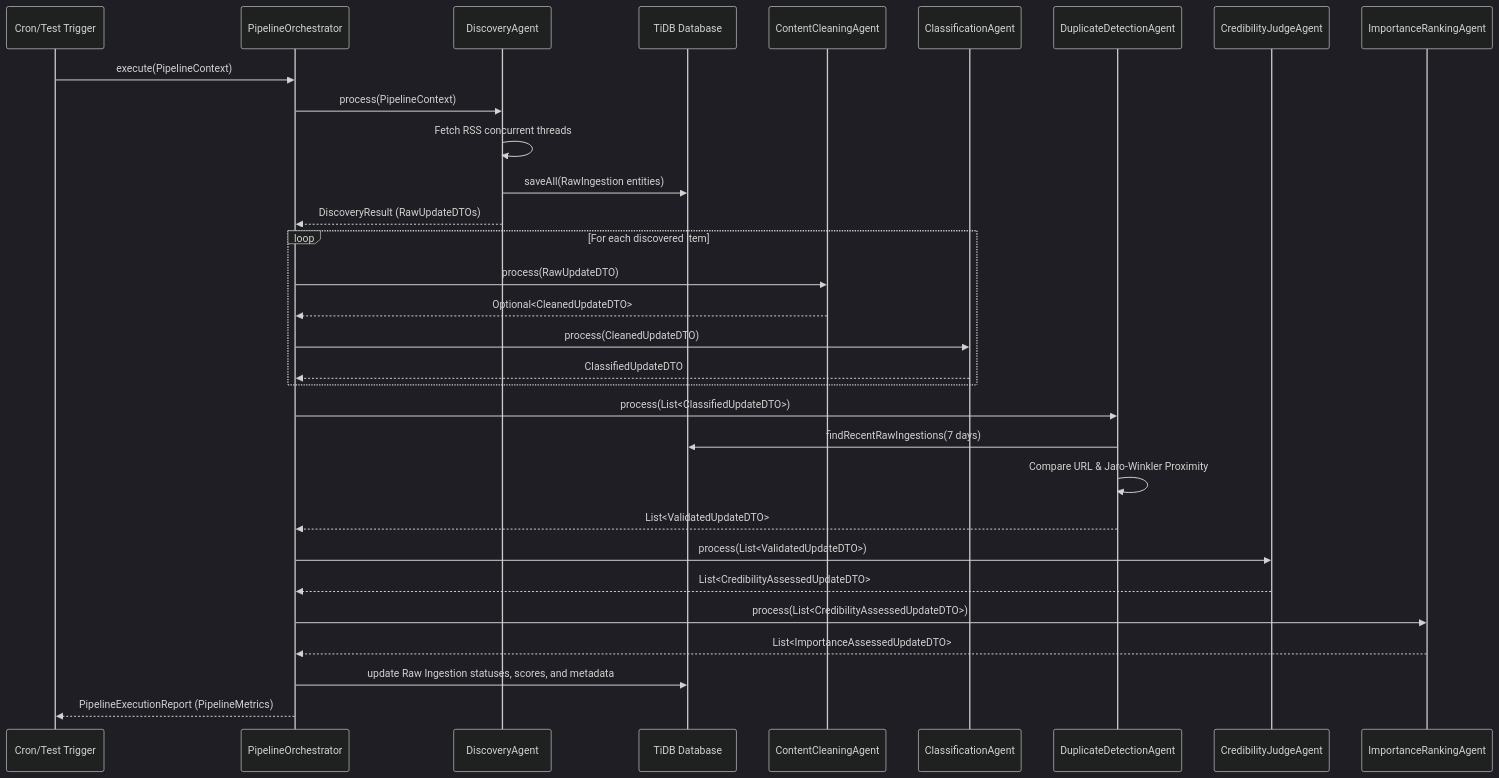
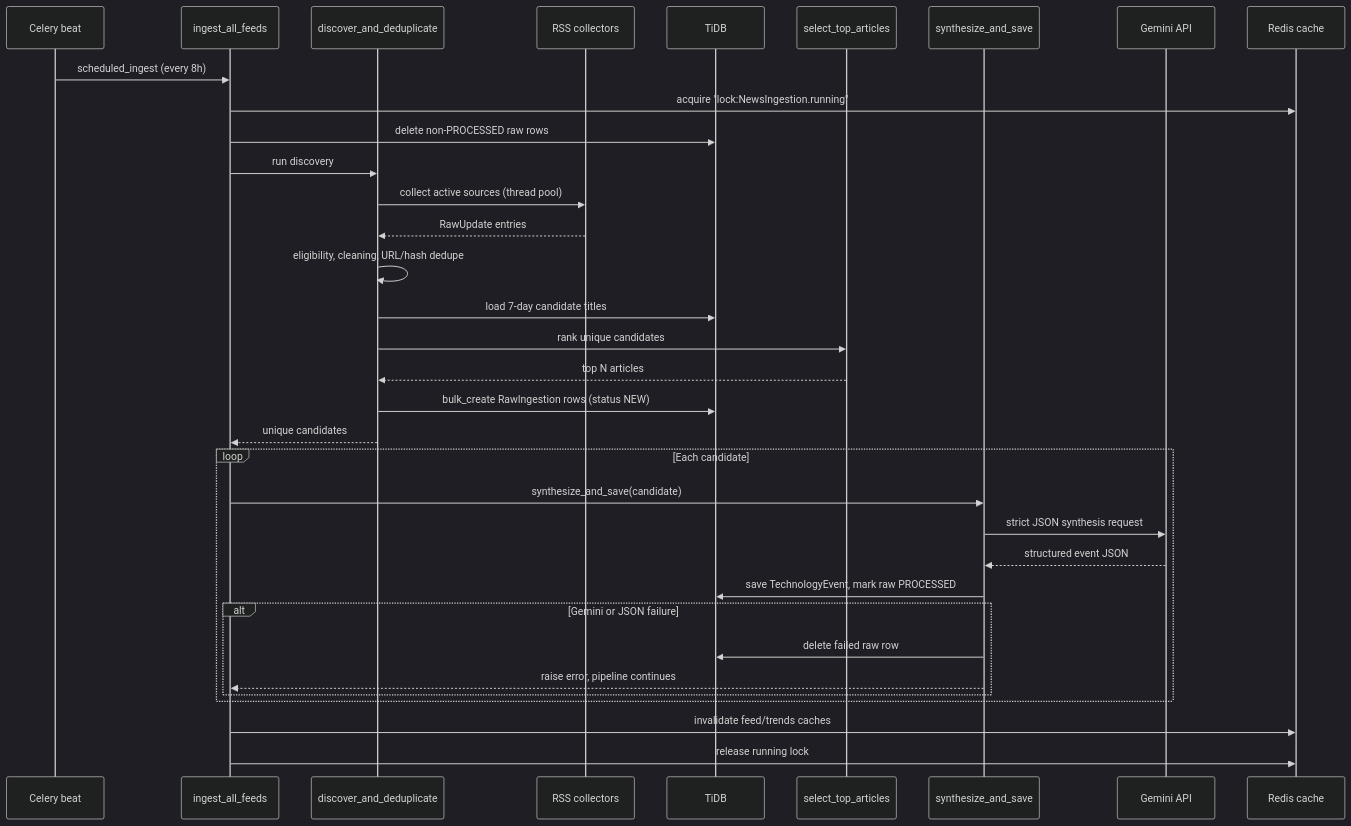
The diagram in docs/Pipeline.md (karannchaudhari04/TechPulse-AI), drawn with Mermaid (dark theme) before and after one commit. The commit also changed other lines of this file and 255 other files, not shown here.

````diff
--- a/docs/Pipeline.md
+++ b/docs/Pipeline.md
@@ -11,40 +9,39 @@
 ```mermaid
 sequenceDiagram
-    participant Scheduler as Cron/Test Trigger
-    participant Orchestrator as PipelineOrchestrator
-    participant Discovery as DiscoveryAgent
-    participant DB as TiDB Database
-    participant Cleaner as ContentCleaningAgent
-    participant Classifier as ClassificationAgent
-    participant Deduplicator as DuplicateDetectionAgent
-    participant Credibility as CredibilityJudgeAgent
-    participant Importance as ImportanceRankingAgent
+    participant Beat as Celery beat
+    participant Task as ingest_all_feeds
+    participant Discovery as discover_and_deduplicate
+    participant RSS as RSS collectors
+    participant DB as TiDB
+    participant Ranker as select_top_articles
+    participant Synth as synthesize_and_save
+    participant Gemini as Gemini API
+    participant Cache as Redis cache
 
-    Scheduler->>Orchestrator: execute(PipelineContext)
-    Orchestrator->>Discovery: process(PipelineContext)
-    Discovery->>Discovery: Fetch RSS concurrent threads
-    Discovery->>DB: saveAll(RawIngestion entities)
-    Discovery-->>Orchestrator: DiscoveryResult (RawUpdateDTOs)
-    
-    loop For each discovered item
-        Orchestrator->>Cleaner: process(RawUpdateDTO)
-        Cleaner-->>Orchestrator: Optional<CleanedUpdateDTO>
-        
-        Orchestrator->>Classifier: process(CleanedUpdateDTO)
-        Classifier-->>Orchestrator: ClassifiedUpdateDTO
+    Beat->>Task: scheduled_ingest (every 8h)
+    Task->>Cache: acquire "lock:NewsIngestion.running"
+    Task->>DB: delete non-PROCESSED raw rows
+    Task->>Discovery: run discovery
+    Discovery->>RSS: collect active sources (thread pool)
+    RSS-->>Discovery: RawUpdate entries
+    Discovery->>Discovery: eligibility, cleaning, URL/hash dedupe
+    Discovery->>DB: load 7-day candidate titles
+    Discovery->>Ranker: rank unique candidates
+    Ranker-->>Discovery: top N articles
+    Discovery->>DB: bulk_create RawIngestion rows (status NEW)
+    Discovery-->>Task: unique candidates
+
+    loop Each candidate
+        Task->>Synth: synthesize_and_save(candidate)
+        Synth->>Gemini: strict JSON synthesis request
+        Gemini-->>Synth: structured event JSON
+        Synth->>DB: save TechnologyEvent, mark raw PROCESSED
+        alt Gemini or JSON failure
+            Synth->>DB: delete failed raw row
+            Synth-->>Task: raise error, pipeline continues
+        end
     end
-    
-    Orchestrator->>Deduplicator: process(List<ClassifiedUpdateDTO>)
-    Deduplicator->>DB: findRecentRawIngestions(7 days)
-    Deduplicator->>Deduplicator: Compare URL & Jaro-Winkler Proximity
-    Deduplicator-->>Orchestrator: List<ValidatedUpdateDTO>
-    
-    Orchestrator->>Credibility: process(List<ValidatedUpdateDTO>)
-    Credibility-->>Orchestrator: List<CredibilityAssessedUpdateDTO>
-    
-    Orchestrator->>Importance: process(List<CredibilityAssessedUpdateDTO>)
-    Importance-->>Orchestrator: List<ImportanceAssessedUpdateDTO>
-    
-    Orchestrator->>DB: update Raw Ingestion statuses, scores, and metadata
-    Orchestrator-->>Scheduler: PipelineExecutionReport (PipelineMetrics)
+
+    Task->>Cache: invalidate feed/trends caches
+    Task->>Cache: release running lock
 ```
````
